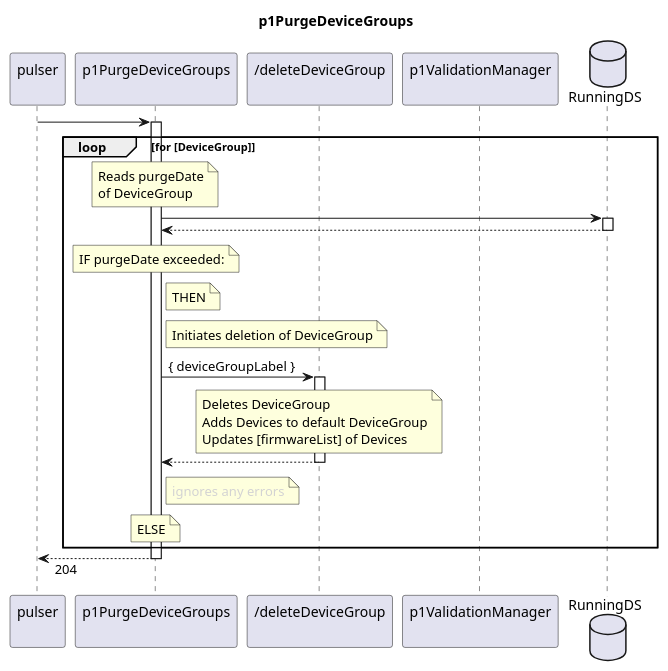
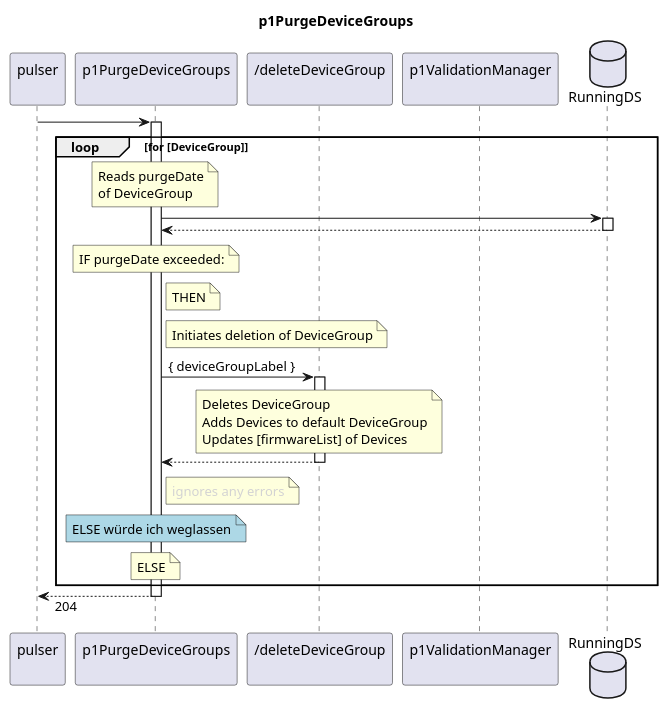
The diagram in spec/Functions/Interpretation/p1PurgeDeviceGroups/1.0.0/p1PurgeDeviceGroup.plantuml (openBackhaul/FirmWareManager), drawn with PlantUML before and after one commit. The commit also changed 9 other files, not shown here.

```diff
--- a/spec/Functions/Interpretation/p1PurgeDeviceGroups/1.0.0/p1PurgeDeviceGroup.plantuml
+++ b/spec/Functions/Interpretation/p1PurgeDeviceGroups/1.0.0/p1PurgeDeviceGroup.plantuml
@@ -1,55 +1,59 @@
 @startuml p1PurgeDeviceGroups
 skinparam responseMessageBelowArrow true
 
 title
   p1PurgeDeviceGroups
 end title
 
 participant "pulser\n" as pulser
-participant "p1PurgeDeviceGroups\n" as indServ
+participant "p1PurgeDeviceGroups\n" as cur
 participant "/deleteDeviceGroup\n" as delGroup
 participant "p1ValidationManager\n" as valiMan
 database "RunningDS" as RunDS
 
-pulser -> indServ
-activate indServ
+pulser -> cur
+activate cur
 
   loop for [DeviceGroup]
-    note over indServ
+    note over cur
       Reads purgeDate
       of DeviceGroup
     end note
-    indServ -> RunDS
+    cur -> RunDS
     activate RunDS
-    indServ <-- RunDS
+    cur <-- RunDS
     deactivate RunDS
-    note over indServ
+    note over cur
       IF purgeDate exceeded:
     end note
-    note right indServ
+    note right cur
       THEN
     end note
-    note right indServ
+    note right cur
       Initiates deletion of DeviceGroup
     end note
-    indServ -> delGroup : { deviceGroupLabel }
+    cur -> delGroup : { deviceGroupLabel }
     activate delGroup
       note over delGroup
         Deletes DeviceGroup
         Adds Devices to default DeviceGroup
         Updates [firmwareList] of Devices
       end note
-    indServ <-- delGroup
+    cur <-- delGroup
     deactivate delGroup
-    note right indServ
+    note right cur
       <color:LightGray>ignores any errors</color>
     end note
-    note over indServ
+
+    note over cur #lightBlue
+      ELSE würde ich weglassen
+    end note
+    note over cur
       ELSE
     end note
   end loop
 
-pulser <-- indServ: 204
-deactivate indServ
+pulser <-- cur: 204
+deactivate cur
 
 @enduml
```
